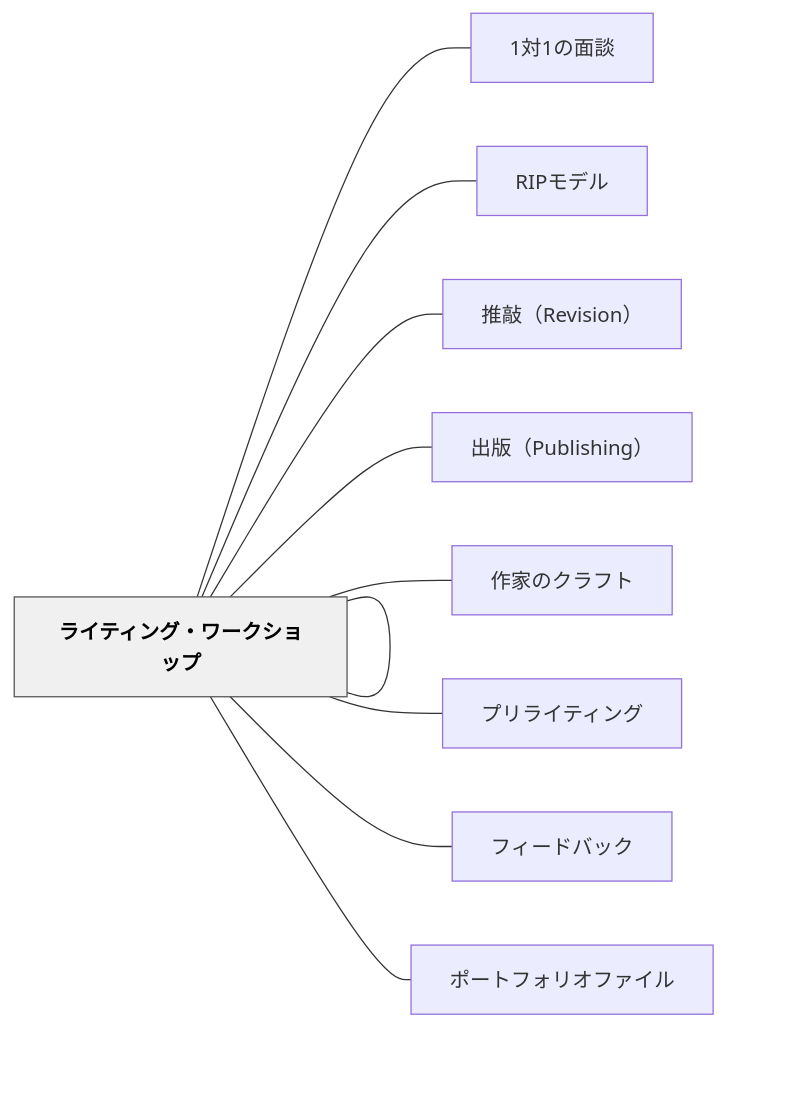
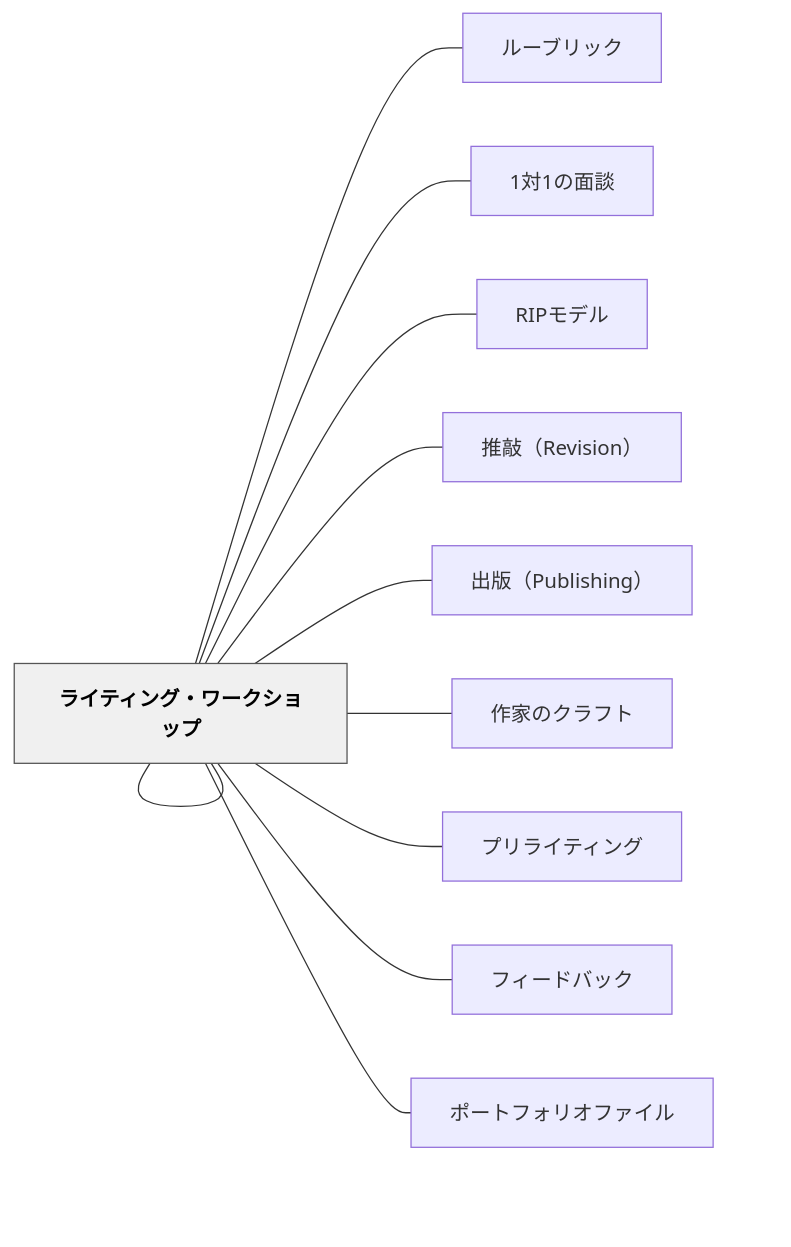
Before and after one commit to unknownthings-ed-patterns/unknownthings-ed-patterns: the diagram in content/パタン/ライティング・カンファリング.md, drawn with Mermaid. The commit also changed other lines of this file and 473 other files, not shown here.

````diff
--- a/content/パタン/ライティング・カンファリング.md
+++ b/content/パタン/ライティング・カンファリング.md
@@ -190,26 +191,28 @@
 ```mermaid
 flowchart LR
     ne383a9e382a4["ライティング・カンファリング"]
+    ne383abe383bc["ルーブリック"]
     n31e5afbe31e3["1対1の面談"]
     n524950e383a2["RIPモデル"]
     ne383a9e382a4["ライティング・ワークショップ"]
     ne68ea8e695b2["推敲（Revision）"]
     ne587bae78988["出版（Publishing）"]
     ne4bd9ce5aeb6["作家のクラフト"]
     ne38397e383aa["プリライティング"]
     ne38395e382a3["フィードバック"]
     ne3839de383bc["ポートフォリオファイル"]
 
+    ne383a9e382a4 --- ne383abe383bc
     ne383a9e382a4 --- n31e5afbe31e3
     ne383a9e382a4 --- n524950e383a2
     ne383a9e382a4 --- ne383a9e382a4
     ne383a9e382a4 --- ne68ea8e695b2
     ne383a9e382a4 --- ne587bae78988
     ne383a9e382a4 --- ne4bd9ce5aeb6
     ne383a9e382a4 --- ne38397e383aa
     ne383a9e382a4 --- ne38395e382a3
     ne383a9e382a4 --- ne3839de383bc
 
     classDef hub fill:#f0f0f0,stroke:#555,color:#000,font-weight:bold
     class ne383a9e382a4 hub
 ```
````
